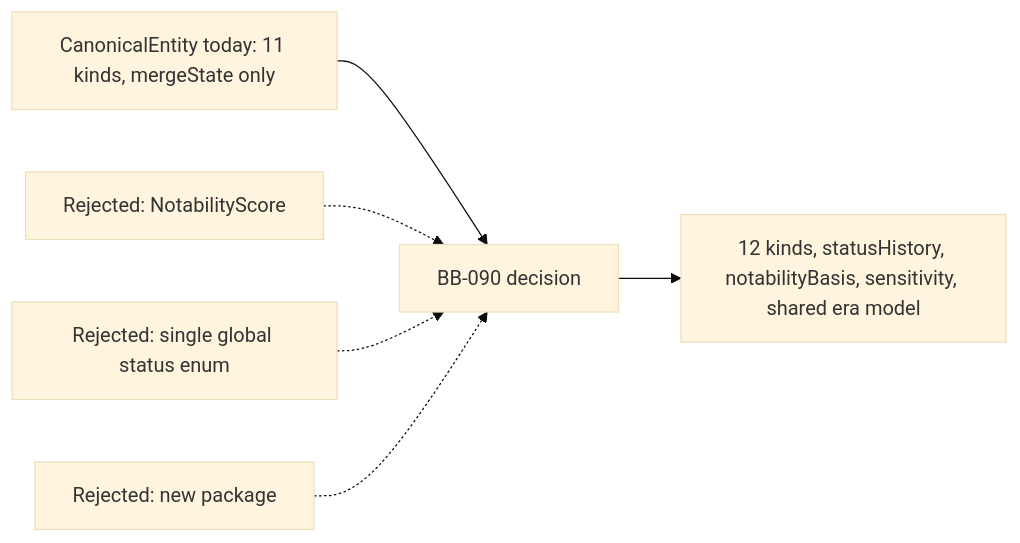
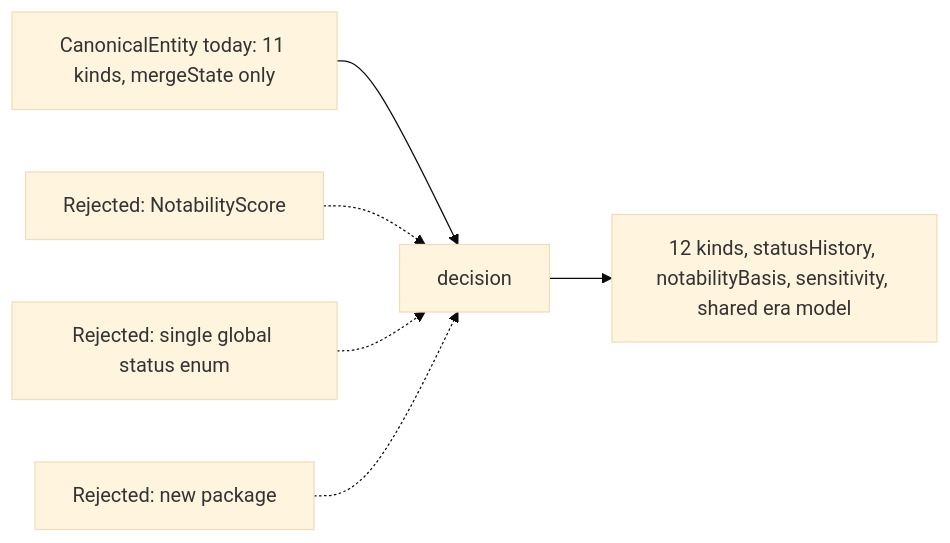
One commit to geraldmaron/blackstory changed the diagram in docs/adr/ADR-015-entity-ontology-status-notability-era.md. Above: the diagram before and after it, drawn with Mermaid (base theme). The commit also changed other lines of this file and 303 other files, not shown here.

````diff
--- a/docs/adr/ADR-015-entity-ontology-status-notability-era.md
+++ b/docs/adr/ADR-015-entity-ontology-status-notability-era.md
@@ -67,8 +67,8 @@
 ```mermaid
 flowchart LR
-  A[CanonicalEntity today: 11 kinds, mergeState only] --> B[BB-090 decision]
+  A[CanonicalEntity today: 11 kinds, mergeState only] --> B[ decision]
   B --> C[12 kinds, statusHistory, notabilityBasis, sensitivity, shared era model]
   D[Rejected: NotabilityScore] -.-> B
   E[Rejected: single global status enum] -.-> B
   F[Rejected: new package] -.-> B
 ```
````
